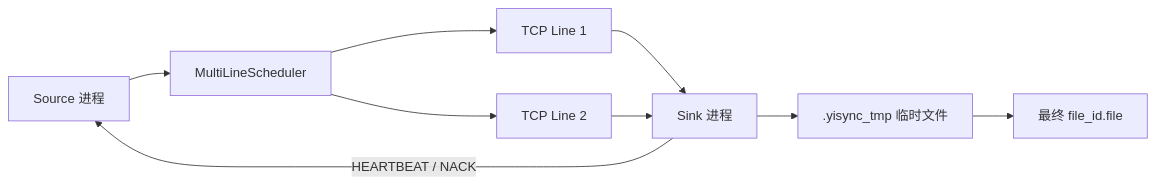
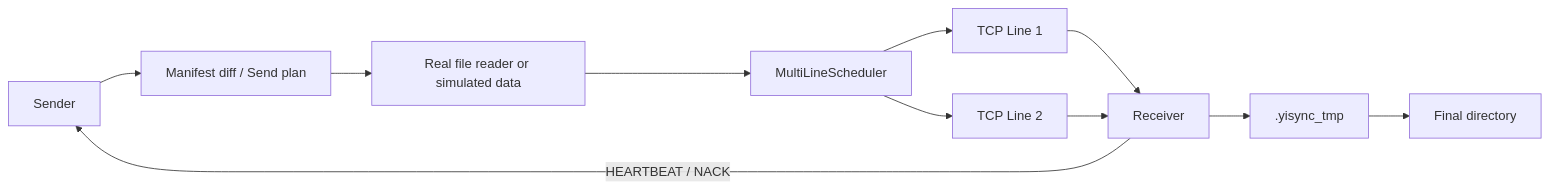
Before and after one commit to 7qing/Yisync: the diagram in readme.md, drawn with Mermaid. The commit also changed other lines of this file and 61 other files, not shown here.

````diff
--- a/readme.md
+++ b/readme.md
@@ -20,11 +195,13 @@
 ```mermaid
 flowchart LR
-  A["Source 进程"] --> S["MultiLineScheduler"]
+  A["Sender"] --> P["Manifest diff / Send plan"]
+  P --> R["Real file reader or simulated data"]
+  R --> S["MultiLineScheduler"]
   S --> L1["TCP Line 1"]
   S --> L2["TCP Line 2"]
-  L1 --> B["Sink 进程"]
+  L1 --> B["Receiver"]
   L2 --> B
-  B --> T[".yisync_tmp 临时文件"]
-  T --> F["最终 file_id.file"]
+  B --> T[".yisync_tmp"]
+  T --> F["Final directory"]
   B -- "HEARTBEAT / NACK" --> A
 ```
````
